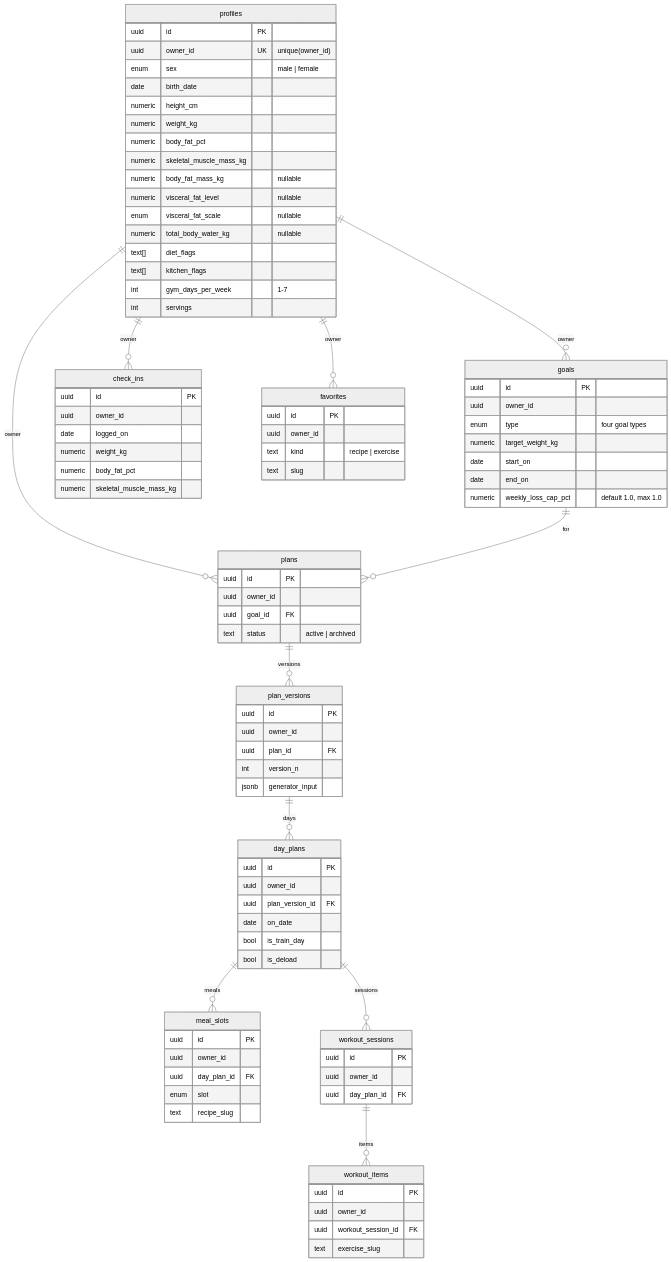
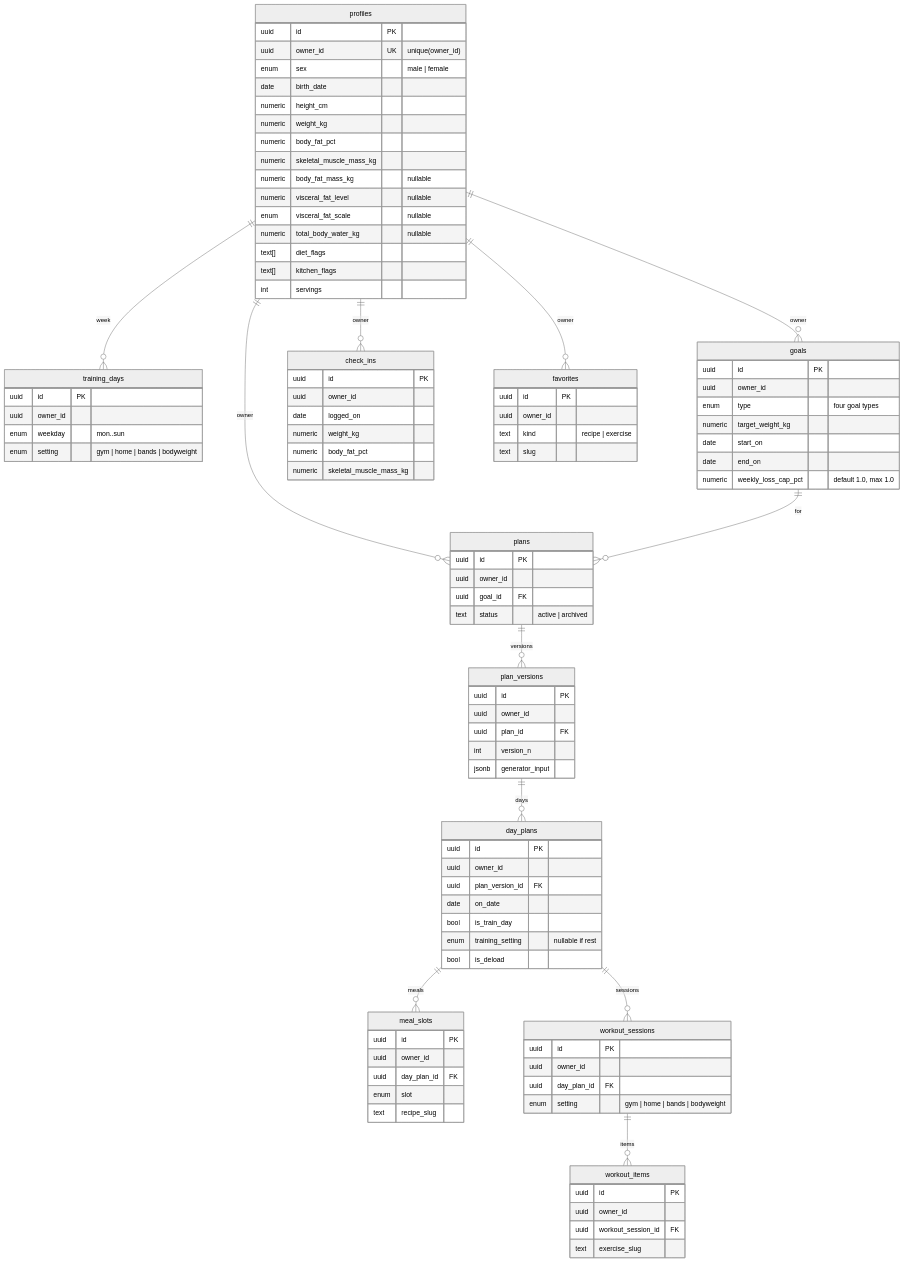
The diagram in docs/domain/erd.md (NFernie/Katies-Adventures-2_Chapter-2), drawn with Mermaid (neutral theme) before and after one commit. The commit also changed other lines of this file and 25 other files, not shown here.

````diff
--- a/docs/domain/erd.md
+++ b/docs/domain/erd.md
@@ -34,5 +35,6 @@
 ```mermaid
 erDiagram
+  profiles ||--o{ training_days : week
   profiles ||--o{ goals : owner
   profiles ||--o{ plans : owner
   profiles ||--o{ check_ins : owner
@@ -59,8 +61,14 @@
     numeric total_body_water_kg "nullable"
     text[] diet_flags
     text[] kitchen_flags
-    int gym_days_per_week "1-7"
     int servings
+  }
+
+  training_days {
+    uuid id PK
+    uuid owner_id
+    enum weekday "mon..sun"
+    enum setting "gym | home | bands | bodyweight"
   }
 
   goals {
@@ -94,6 +102,7 @@
     uuid plan_version_id FK
     date on_date
     bool is_train_day
+    enum training_setting "nullable if rest"
     bool is_deload
   }
 
@@ -109,6 +118,7 @@
     uuid id PK
     uuid owner_id
     uuid day_plan_id FK
+    enum setting "gym | home | bands | bodyweight"
   }
 
   workout_items {
````
